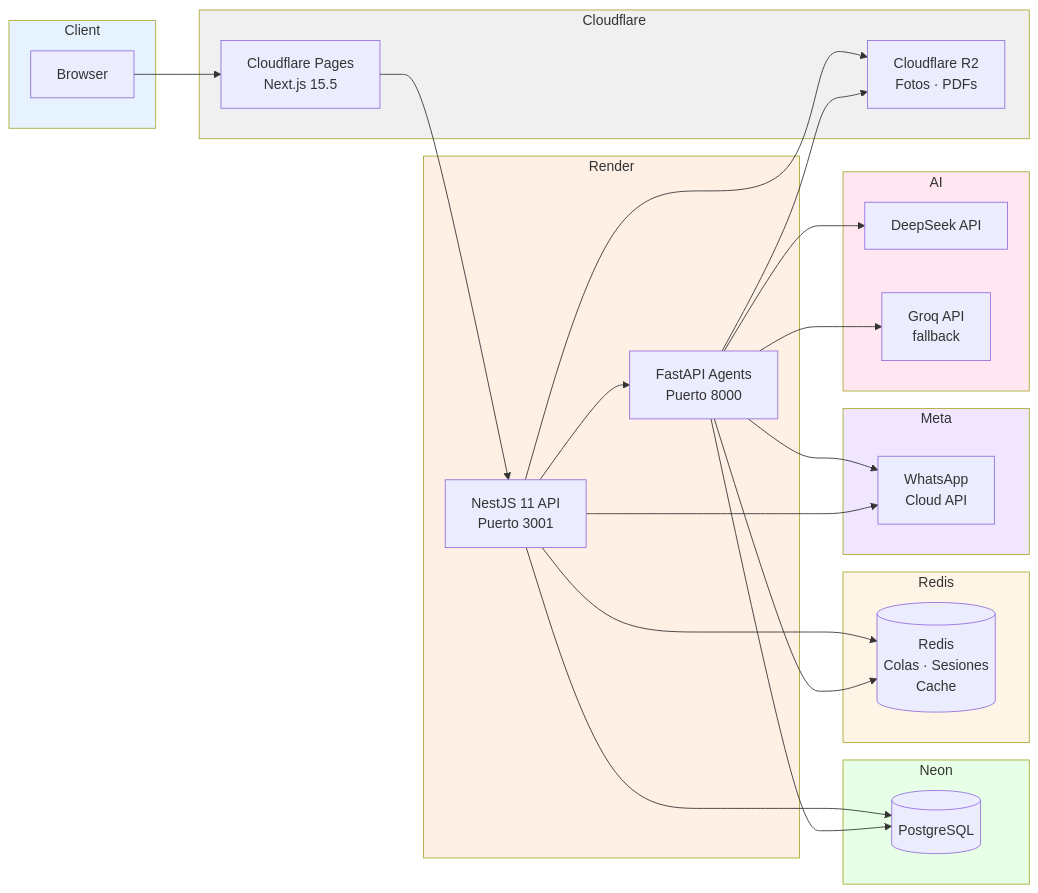
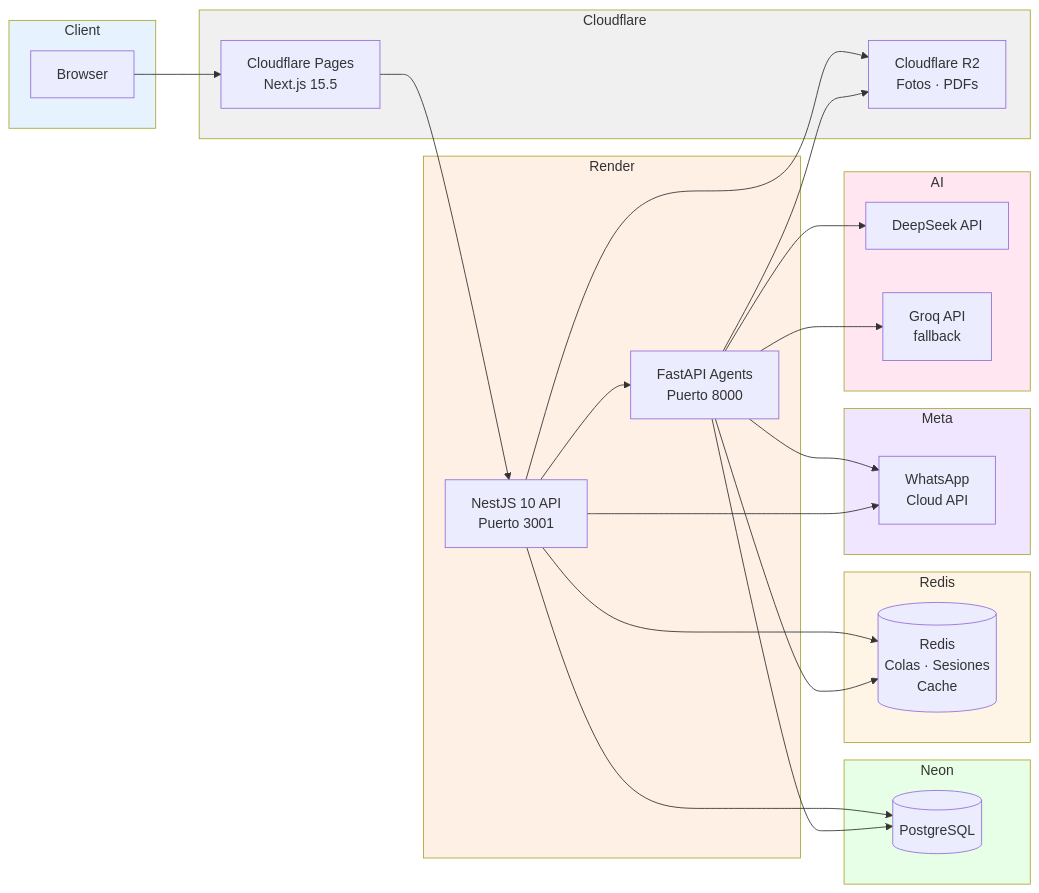
One commit to ROMEROLUIS15/motos-max-cordialidad changed the diagram in docs/ARCHITECTURE.md. Above: the diagram before and after it, drawn with Mermaid. The commit also changed other lines of this file and 1 other file, not shown here.

Commit message:
docs: correct three stale claims against the code
- ARCHITECTURE.md: system diagram said 'NestJS 11 API'; the API runs on NestJS 10 (ADR-007 defers v11)
- ARCHITECTURE.md: schema stats were '834 líneas, 30 modelos'; actual schema.prisma is 872 lines, 37 models
- SECURITY.md: order-number section claimed an atomic MAX+1 'dentro de una transacción'; generateOrderNumber is a standalone SELECT MAX+1 and uniqueness is actually guaranteed by the @@unique([tenantId, orderNumber]) constraint — corrected the mechanism

````diff
--- a/docs/ARCHITECTURE.md
+++ b/docs/ARCHITECTURE.md
@@ -5,55 +5,55 @@
 ```mermaid
 flowchart LR
     subgraph Client
         B[Browser]
     end
 
     subgraph Cloudflare
         CP[Cloudflare Pages<br/>Next.js 15.5]
         R2[Cloudflare R2<br/>Fotos · PDFs]
     end
 
     subgraph Render
-        API[NestJS 11 API<br/>Puerto 3001]
+        API[NestJS 10 API<br/>Puerto 3001]
         AGENTS[FastAPI Agents<br/>Puerto 8000]
     end
 
     subgraph Neon
         PG[(PostgreSQL)]
     end
 
     subgraph Redis
         RD[(Redis<br/>Colas · Sesiones<br/>Cache)]
     end
 
     subgraph Meta
         WA[WhatsApp<br/>Cloud API]
     end
 
     subgraph AI
         DS[DeepSeek API]
         GQ[Groq API<br/>fallback]
     end
 
     B --> CP
     CP --> API
     API --> PG
     API --> R2
     API --> RD
     API --> AGENTS
     AGENTS --> PG
     AGENTS --> RD
     AGENTS --> R2
     AGENTS --> WA
     AGENTS --> DS
     AGENTS --> GQ
     API --> WA
 
     style Client fill:#e6f3ff
     style Cloudflare fill:#f0f0f0
     style Render fill:#fff0e6
     style Neon fill:#e6ffe6
     style Redis fill:#fff5e6
     style Meta fill:#f0e6ff
     style AI fill:#ffe6f0
 ```
````
